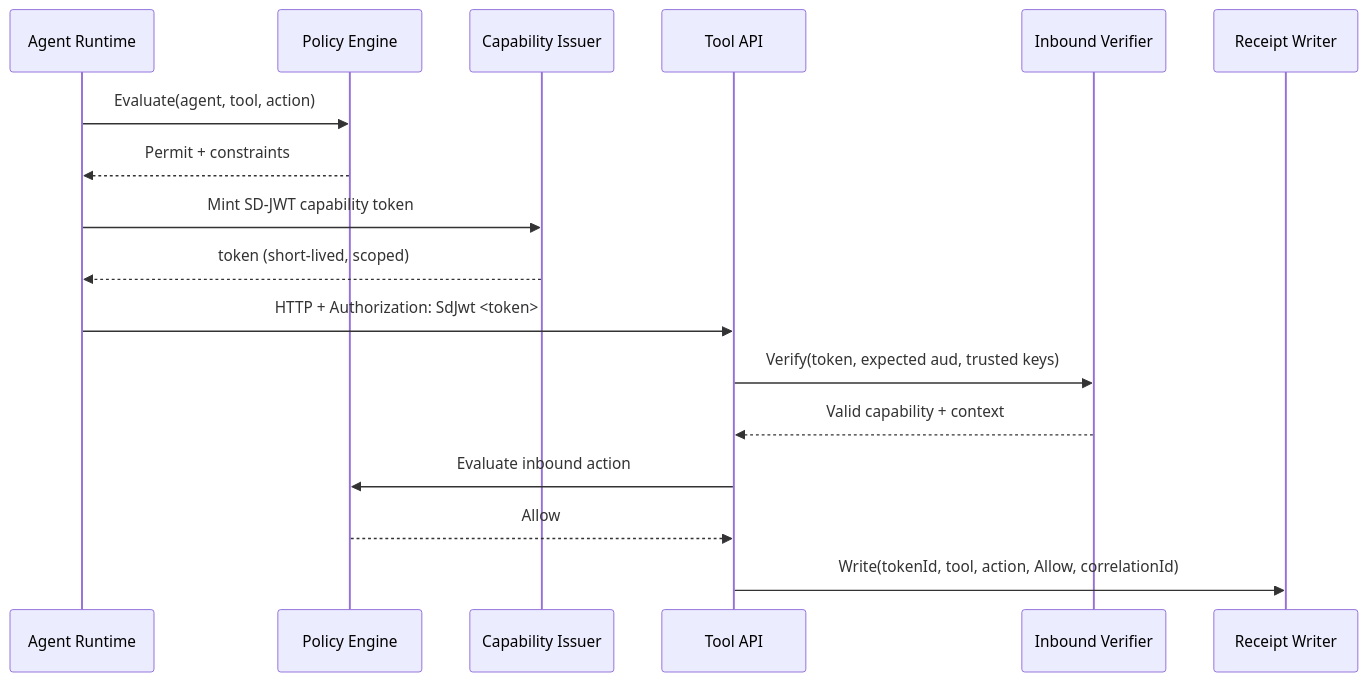
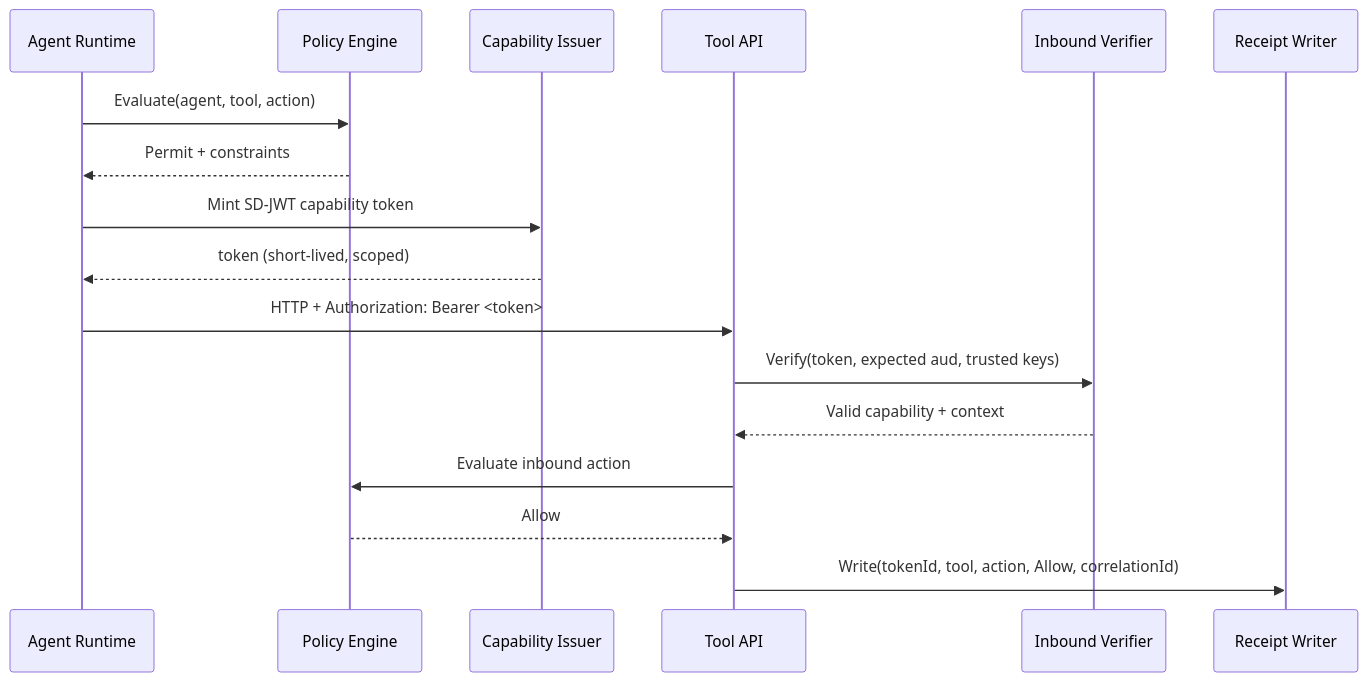
Before and after one commit to openwallet-foundation-labs/sd-jwt-dotnet: the first of 2 diagrams in docs/concepts/agent-trust-kits-deep-dive.md, drawn with Mermaid. The commit also changed other lines of this file and 28 other files, not shown here.

````diff
--- a/docs/concepts/agent-trust-kits-deep-dive.md
+++ b/docs/concepts/agent-trust-kits-deep-dive.md
@@ -95,20 +118,20 @@
 ```mermaid
 sequenceDiagram
     participant Agent as Agent Runtime
     participant Policy as Policy Engine
     participant Issuer as Capability Issuer
     participant Tool as Tool API
     participant Verifier as Inbound Verifier
     participant Receipt as Receipt Writer
 
     Agent->>Policy: Evaluate(agent, tool, action)
     Policy-->>Agent: Permit + constraints
     Agent->>Issuer: Mint SD-JWT capability token
     Issuer-->>Agent: token (short-lived, scoped)
-    Agent->>Tool: HTTP + Authorization: SdJwt <token>
+    Agent->>Tool: HTTP + Authorization: Bearer <token>
     Tool->>Verifier: Verify(token, expected aud, trusted keys)
     Verifier-->>Tool: Valid capability + context
     Tool->>Policy: Evaluate inbound action
     Policy-->>Tool: Allow
     Tool->>Receipt: Write(tokenId, tool, action, Allow, correlationId)
 ```
````
